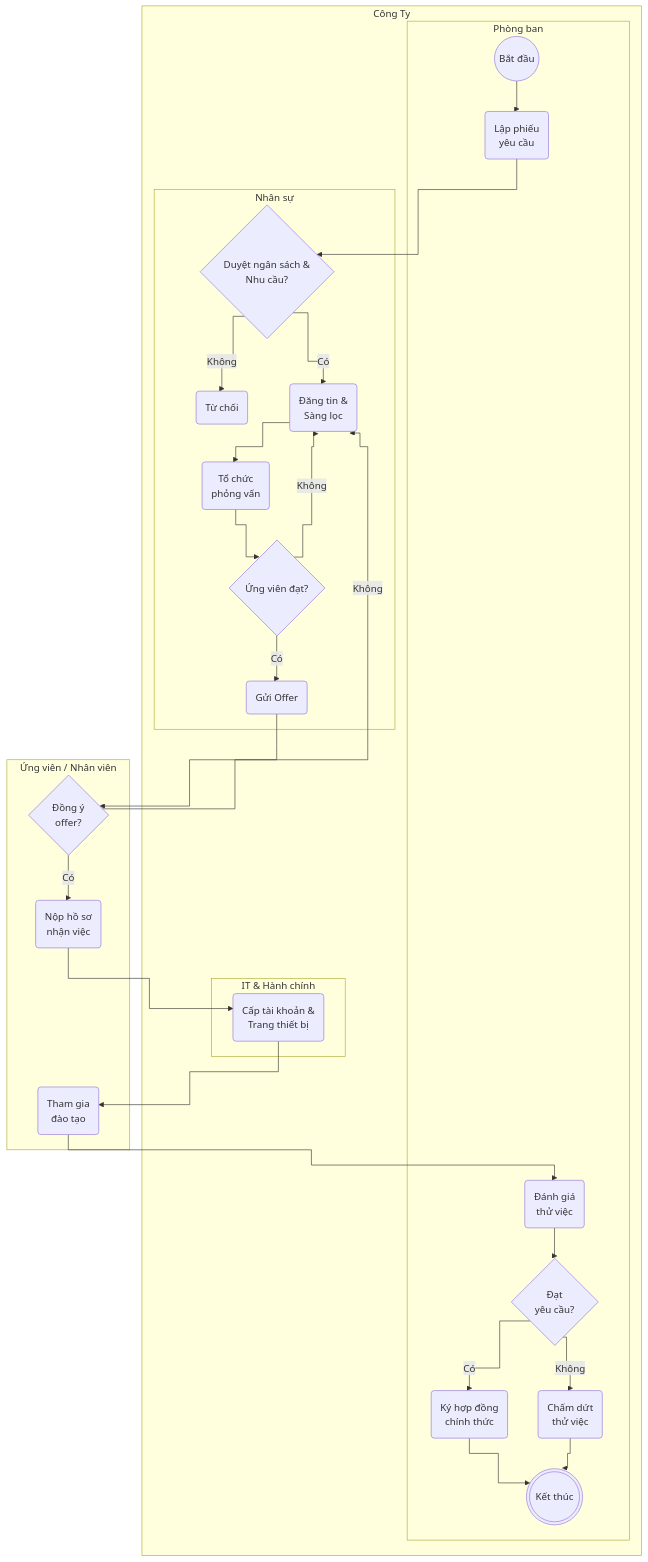
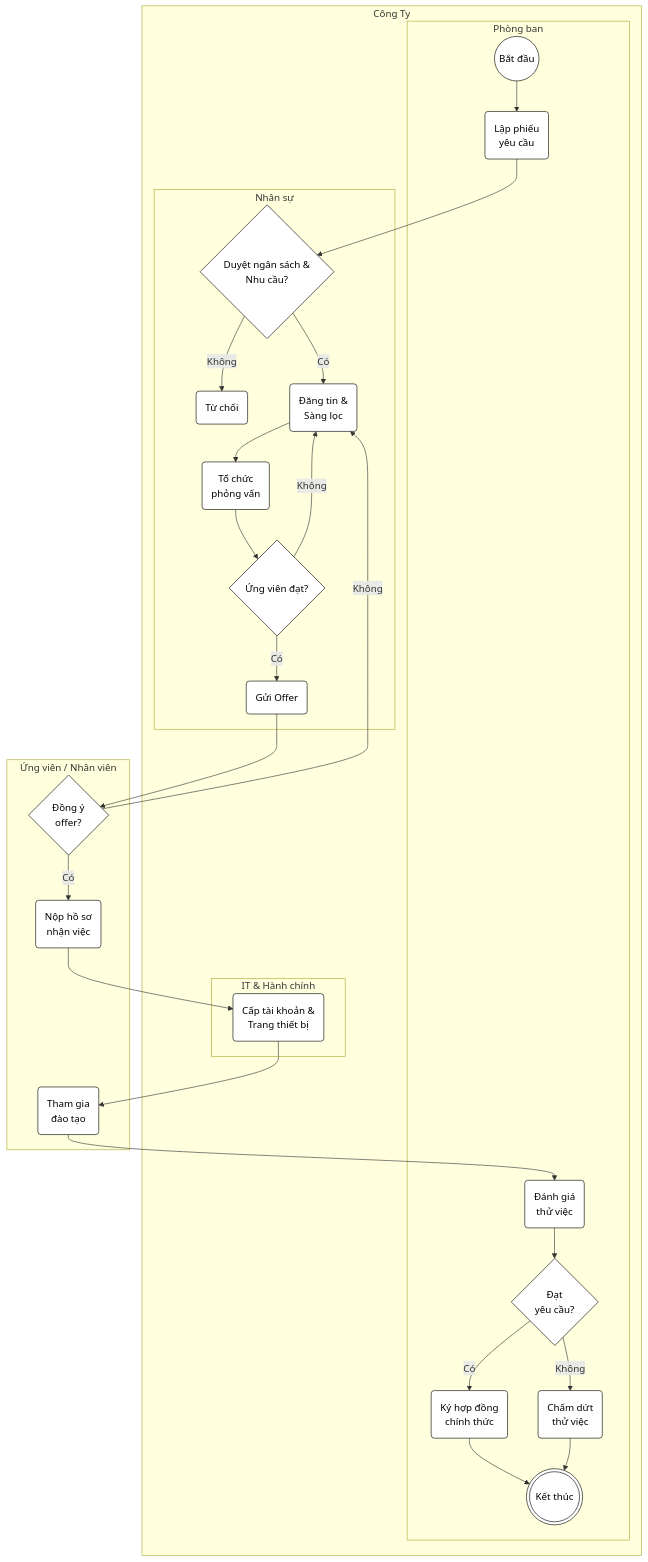
The seventh of 10 diagrams in 10_Quy_Trinh_Day_Du_Hoan_Chinh.md (vile110196/Doan_Hethongquanlyquytrinhnghiepvu), drawn with Mermaid before and after one commit. The commit also changed other lines of this file, not shown here.

````diff
--- a/10_Quy_Trinh_Day_Du_Hoan_Chinh.md
+++ b/10_Quy_Trinh_Day_Du_Hoan_Chinh.md
@@ -343,43 +343,43 @@
 ```mermaid
-%%{init: {"flowchart": {"curve": "step"}}}%%
 flowchart TD
+    classDef default fill:#ffffff,stroke:#000000,color:#000000;
     subgraph Pool_CongTy [Công Ty]
         subgraph Lane_PhongBan [Phòng ban]
             Start1((Bắt đầu))
             A(Lập phiếu<br>yêu cầu)
             L(Đánh giá<br>thử việc)
             M{Đạt<br>yêu cầu?}
             N(Ký hợp đồng<br>chính thức)
             O(Chấm dứt<br>thử việc)
             End1(((Kết thúc)))
         end
         subgraph Lane_NhanSu [Nhân sự]
             B{Duyệt ngân sách &<br>Nhu cầu?}
             B1(Từ chối)
             C(Đăng tin &<br>Sàng lọc)
             D(Tổ chức<br>phỏng vấn)
             E{Ứng viên đạt?}
             F(Gửi Offer)
         end
         subgraph Lane_IT_HC [IT & Hành chính]
             J(Cấp tài khoản &<br>Trang thiết bị)
         end
     end
     
     subgraph Pool_UngVien [Ứng viên / Nhân viên]
         G{Đồng ý<br>offer?}
         H(Nộp hồ sơ<br>nhận việc)
         I(Tham gia<br>đào tạo)
     end
 
     %% KẾT NỐI
     Start1 --> A --> B
     B -- Không --> B1
     B -- Có --> C --> D --> E
     E -- Không --> C
     E -- Có --> F --> G
     G -- Không --> C
     G -- Có --> H --> J --> I --> L --> M
     M -- Có --> N --> End1
     M -- Không --> O --> End1
 ```
````
